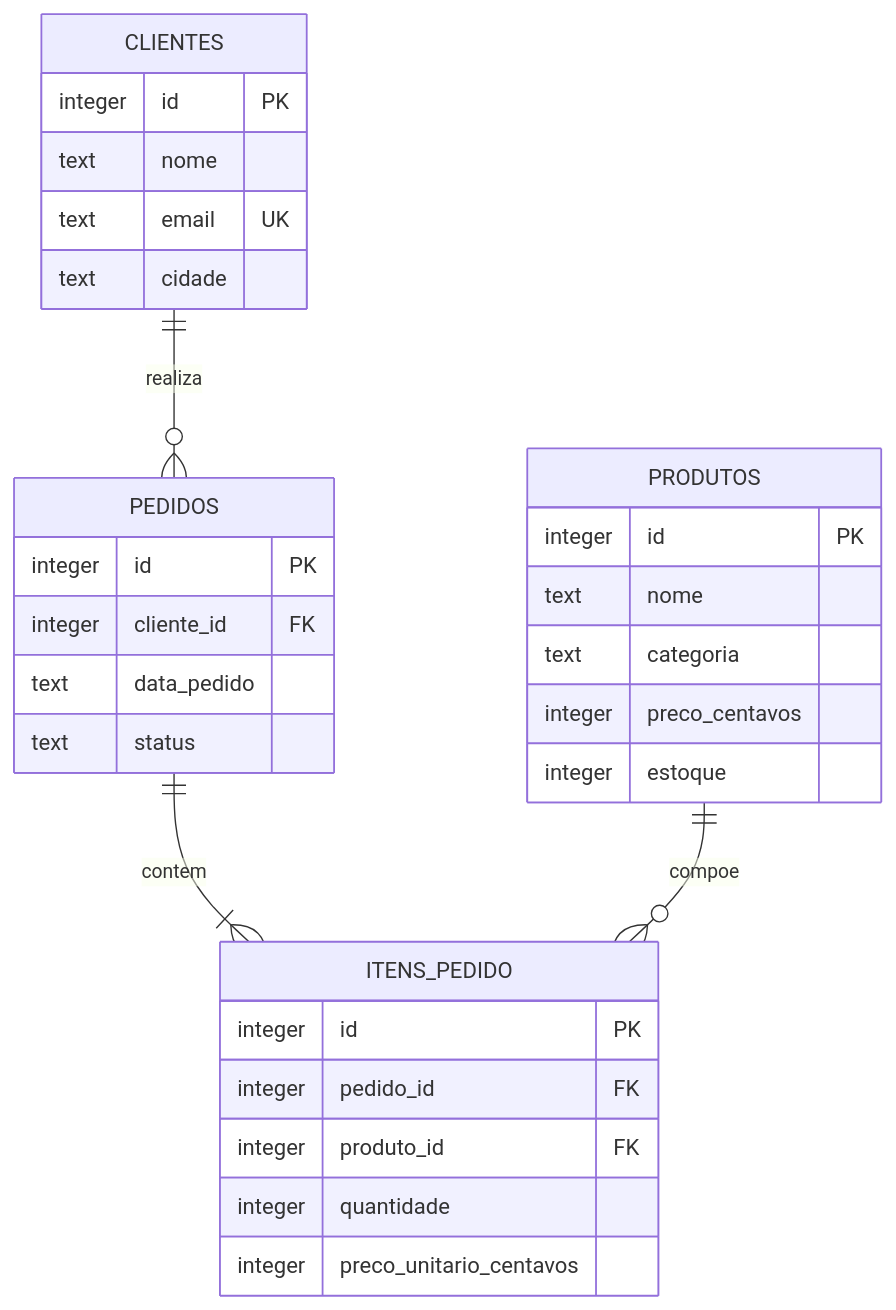
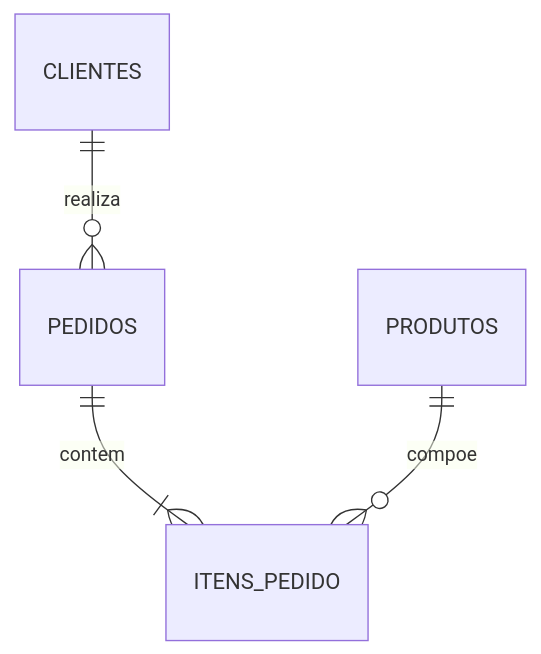
Before and after one commit to debieecrincev1/mini-loja-debiee: the diagram in README.md, drawn with Mermaid. The commit also changed other lines of this file and 8 other files, not shown here.

````diff
--- a/README.md
+++ b/README.md
@@ -117,32 +64,6 @@
 ```mermaid
 erDiagram
     CLIENTES ||--o{ PEDIDOS : realiza
     PEDIDOS ||--|{ ITENS_PEDIDO : contem
     PRODUTOS ||--o{ ITENS_PEDIDO : compoe
-    CLIENTES {
-        integer id PK
-        text nome
-        text email UK
-        text cidade
-    }
-    PRODUTOS {
-        integer id PK
-        text nome
-        text categoria
-        integer preco_centavos
-        integer estoque
-    }
-    PEDIDOS {
-        integer id PK
-        integer cliente_id FK
-        text data_pedido
-        text status
-    }
-    ITENS_PEDIDO {
-        integer id PK
-        integer pedido_id FK
-        integer produto_id FK
-        integer quantidade
-        integer preco_unitario_centavos
-    }
 ```
````
